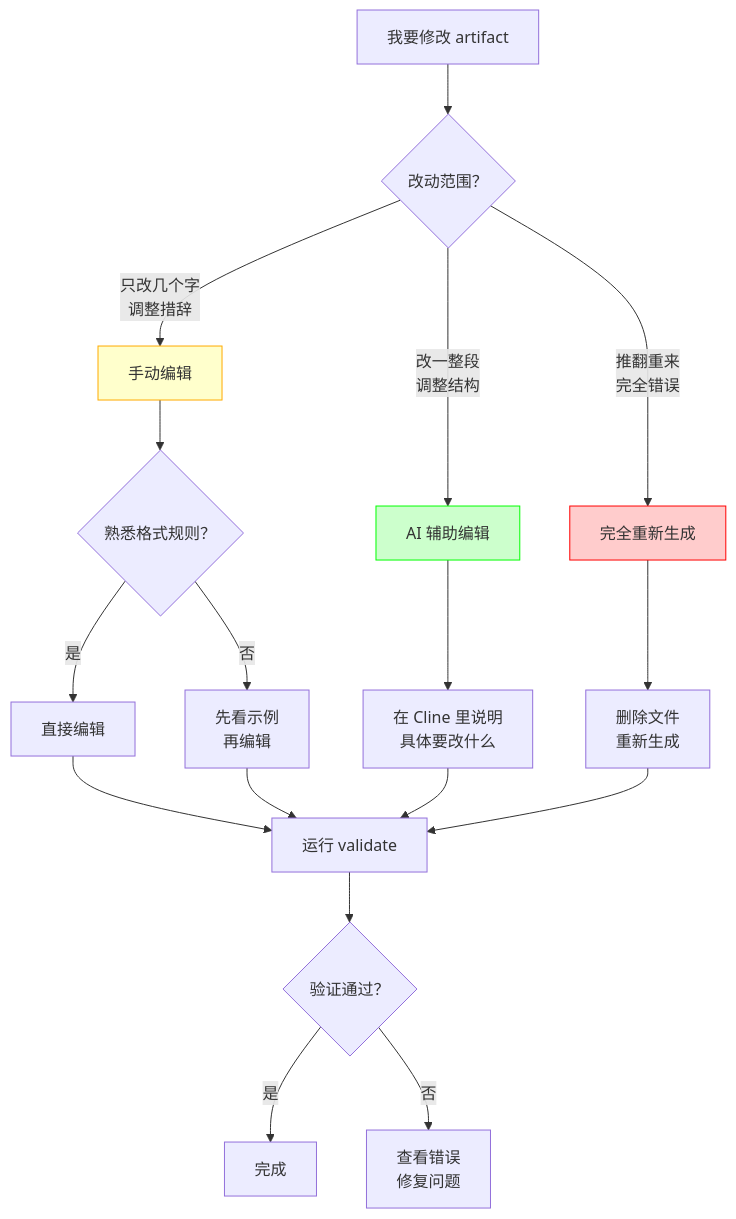
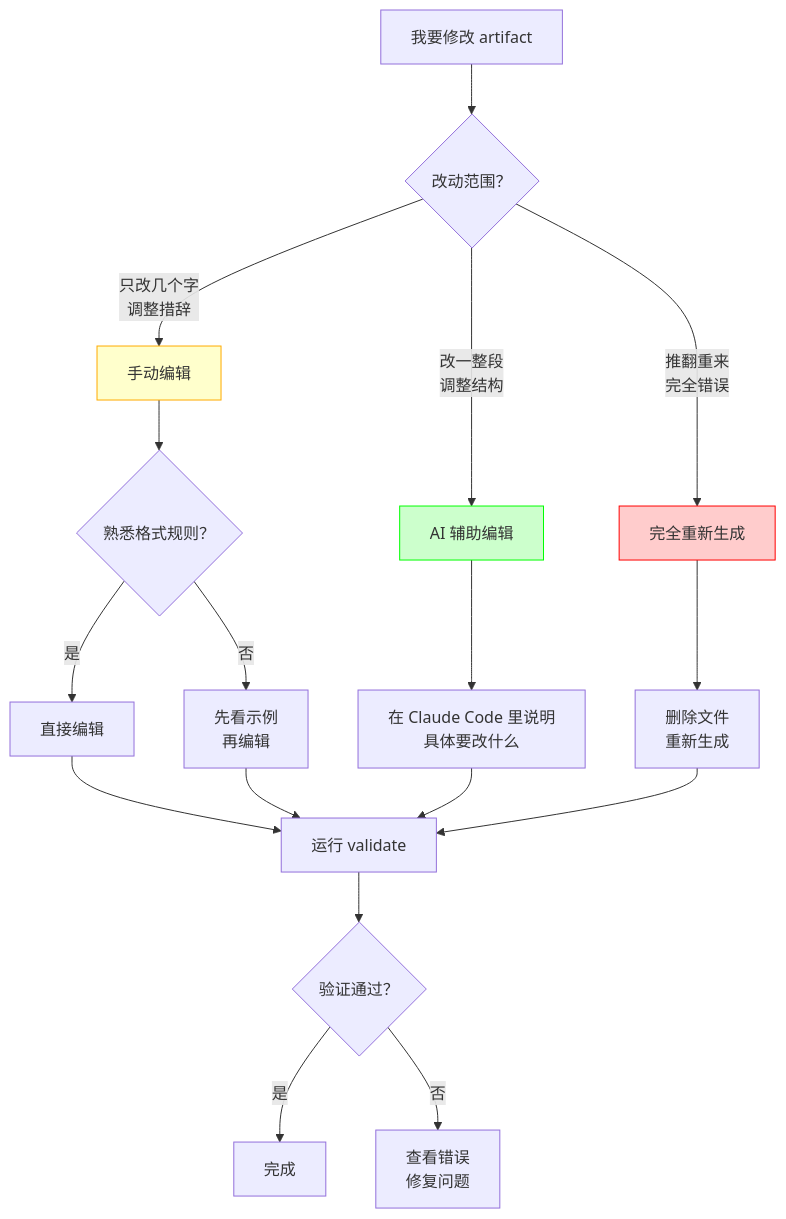
Before and after one commit to ethan-jiang-3/OpenSpec: the third of 3 diagrams in _openspec_handbook/11-实战-如何正确修改-artifacts.md, drawn with Mermaid. The commit also changed other lines of this file and 9 other files, not shown here.

First line of the commit message:
docs: rename handbook ch04 Cline -> Claude Code, refresh cross-chapter links

````diff
--- a/_openspec_handbook/11-实战-如何正确修改-artifacts.md
+++ b/_openspec_handbook/11-实战-如何正确修改-artifacts.md
@@ -146,28 +146,28 @@
 ```mermaid
 graph TD
     A[我要修改 artifact] --> B{改动范围？}
     B -->|只改几个字<br/>调整措辞| C[手动编辑]
     B -->|改一整段<br/>调整结构| D[AI 辅助编辑]
     B -->|推翻重来<br/>完全错误| E[完全重新生成]
     
     C --> F{熟悉格式规则？}
     F -->|是| G[直接编辑]
     F -->|否| H[先看示例<br/>再编辑]
     
-    D --> I[在 Cline 里说明<br/>具体要改什么]
+    D --> I[在 Claude Code 里说明<br/>具体要改什么]
     
     E --> J[删除文件<br/>重新生成]
     
     G --> K[运行 validate]
     H --> K
     I --> K
     J --> K
     
     K --> L{验证通过？}
     L -->|是| M[完成]
     L -->|否| N[查看错误<br/>修复问题]
     
     style C fill:#ffffcc,stroke:#ffaa00
     style D fill:#ccffcc,stroke:#00ff00
     style E fill:#ffcccc,stroke:#ff0000
 ```
````
